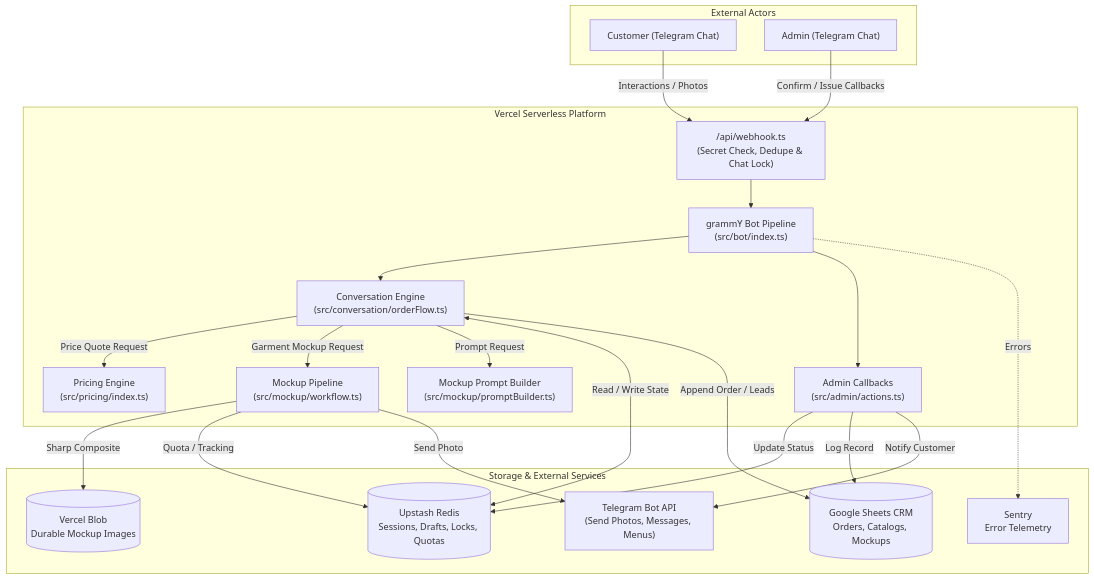
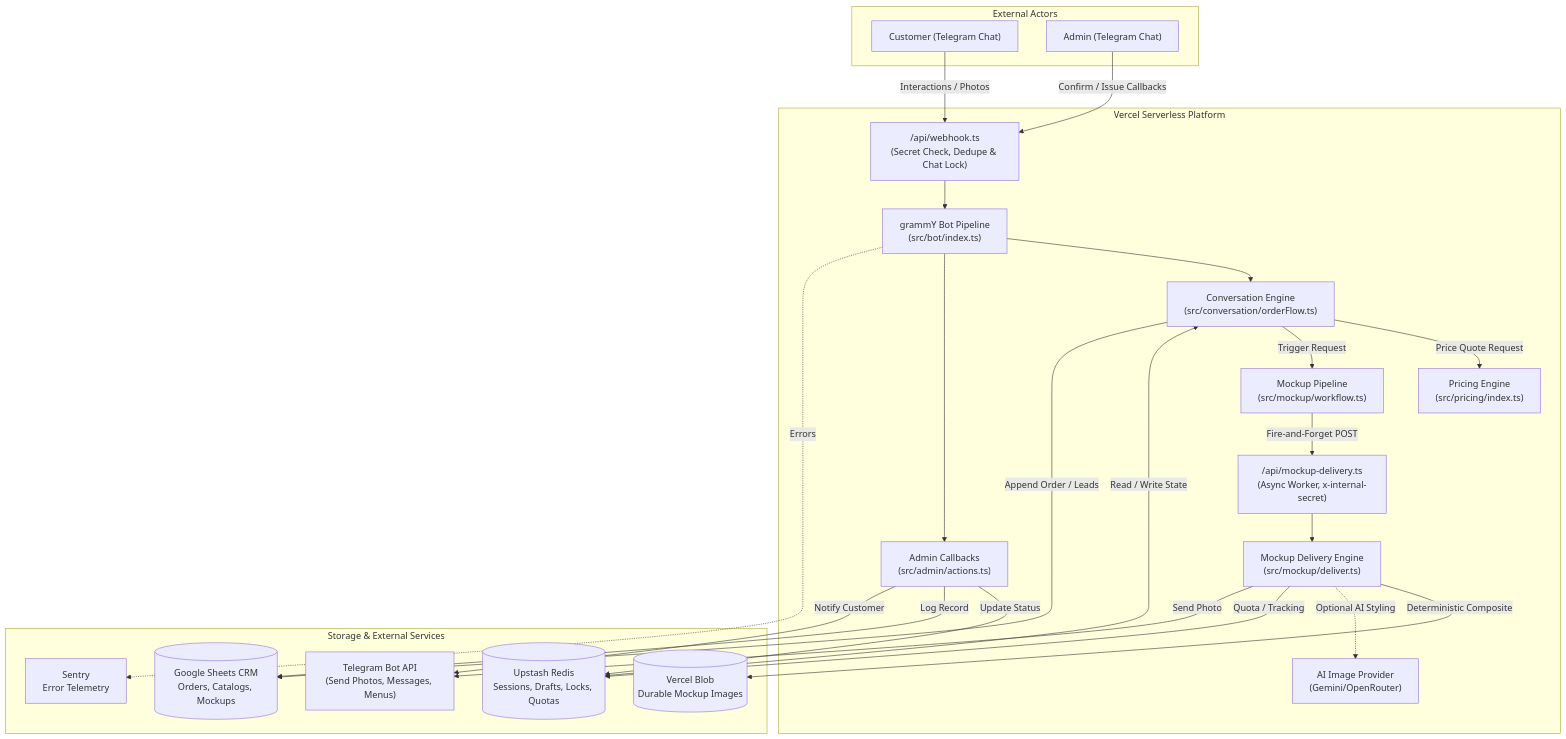
The first of 2 diagrams in docs/ARCHITECTURE.md (surajlm925-bit/custom_team_wear), drawn with Mermaid before and after one commit. The commit also changed other lines of this file and 26 other files, not shown here.

````diff
--- a/docs/ARCHITECTURE.md
+++ b/docs/ARCHITECTURE.md
@@ -11,47 +11,51 @@
 ```mermaid
 flowchart TD
     subgraph Clients["External Actors"]
         Customer["Customer (Telegram Chat)"]
         Admin["Admin (Telegram Chat)"]
     end
 
     subgraph Vercel["Vercel Serverless Platform"]
         Webhook["/api/webhook.ts<br/>(Secret Check, Dedupe & Chat Lock)"]
+        MockupWebhook["/api/mockup-delivery.ts<br/>(Async Worker, x-internal-secret)"]
         BotEngine["grammY Bot Pipeline<br/>(src/bot/index.ts)"]
         ConvFlow["Conversation Engine<br/>(src/conversation/orderFlow.ts)"]
         PricingEngine["Pricing Engine<br/>(src/pricing/index.ts)"]
         MockupPipeline["Mockup Pipeline<br/>(src/mockup/workflow.ts)"]
-        MockupPromptBuilder["Mockup Prompt Builder<br/>(src/mockup/promptBuilder.ts)"]
+        MockupDelivery["Mockup Delivery Engine<br/>(src/mockup/deliver.ts)"]
+        AiProvider["AI Image Provider<br/>(Gemini/OpenRouter)"]
         AdminActions["Admin Callbacks<br/>(src/admin/actions.ts)"]
     end
 
     subgraph DataStores["Storage & External Services"]
         Redis[("Upstash Redis<br/>Sessions, Drafts, Locks, Quotas")]
         Sheets[("Google Sheets CRM<br/>Orders, Catalogs, Mockups")]
         VercelBlob[("Vercel Blob<br/>Durable Mockup Images")]
         TelegramAPI["Telegram Bot API<br/>(Send Photos, Messages, Menus)"]
         Sentry["Sentry<br/>Error Telemetry"]
     end
 
     Customer -->|Interactions / Photos| Webhook
     Admin -->|Confirm / Issue Callbacks| Webhook
     Webhook --> BotEngine
     BotEngine --> ConvFlow
     BotEngine --> AdminActions
 
     ConvFlow -->|Price Quote Request| PricingEngine
-    ConvFlow -->|Garment Mockup Request| MockupPipeline
-    ConvFlow -->|Prompt Request| MockupPromptBuilder
+    ConvFlow -->|Trigger Request| MockupPipeline
     ConvFlow <-->|Read / Write State| Redis
 
-    MockupPipeline -->|Sharp Composite| VercelBlob
-    MockupPipeline -->|Quota / Tracking| Redis
-    MockupPipeline -->|Send Photo| TelegramAPI
+    MockupPipeline -->|Fire-and-Forget POST| MockupWebhook
+    MockupWebhook --> MockupDelivery
+    MockupDelivery -->|Deterministic Composite| VercelBlob
+    MockupDelivery -.->|Optional AI Styling| AiProvider
+    MockupDelivery -->|Quota / Tracking| Redis
+    MockupDelivery -->|Send Photo| TelegramAPI
 
     AdminActions -->|Update Status| Redis
     AdminActions -->|Log Record| Sheets
     AdminActions -->|Notify Customer| TelegramAPI
 
     ConvFlow -->|Append Order / Leads| Sheets
     BotEngine -.->|Errors| Sentry
 ```
````
